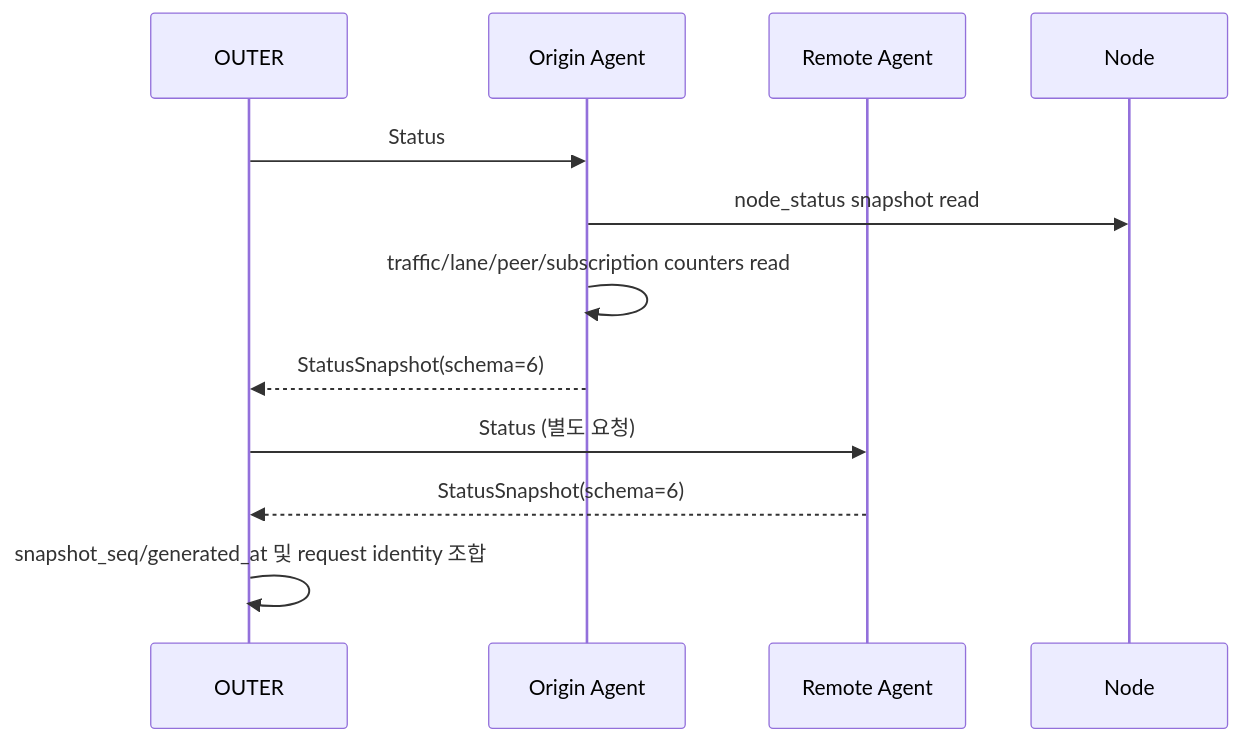
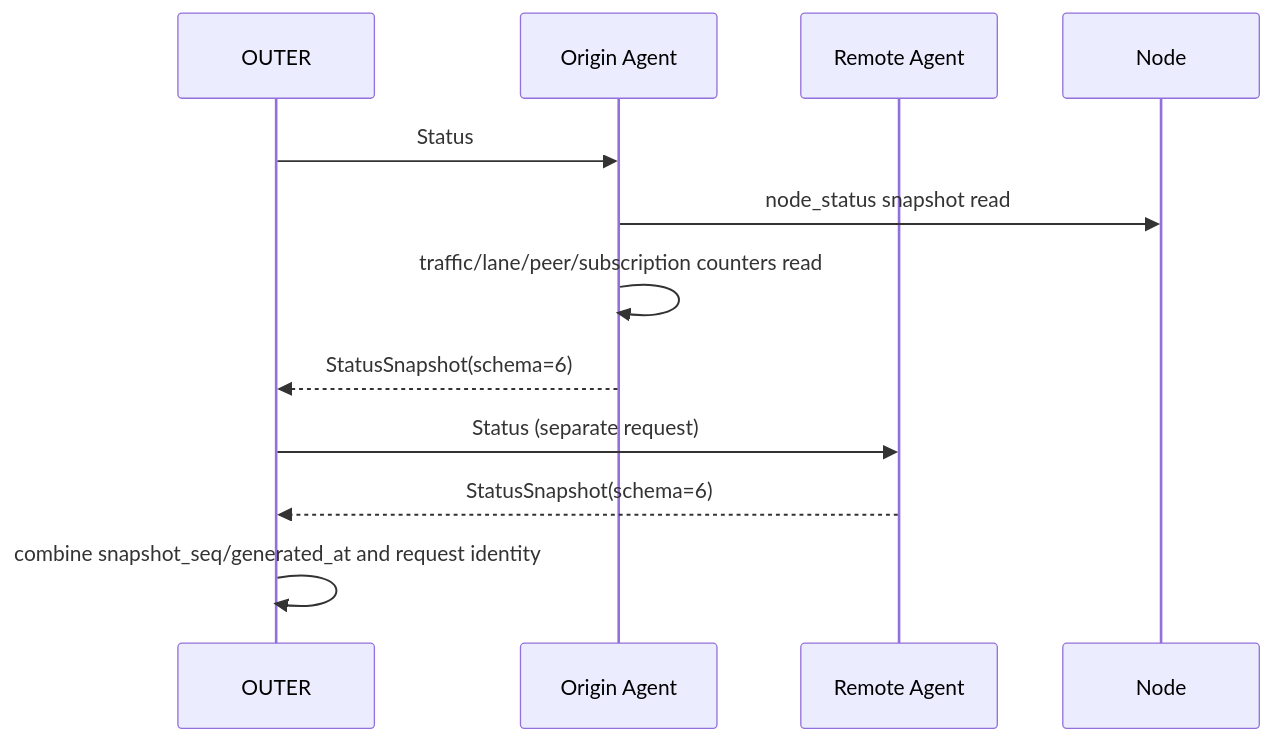
The ninth of 10 diagrams in docs/protocol.md (louisevandan/kvasir-net), drawn with Mermaid before and after one commit. The commit also changed other lines of this file and 212 other files, not shown here.

````diff
--- a/docs/protocol.md
+++ b/docs/protocol.md
@@ -1795,15 +1864,15 @@
 ```mermaid
 sequenceDiagram
     participant O as OUTER
     participant A0 as Origin Agent
     participant A1 as Remote Agent
     participant N as Node
 
     O->>A0: Status
     A0->>N: node_status snapshot read
     A0->>A0: traffic/lane/peer/subscription counters read
     A0-->>O: StatusSnapshot(schema=6)
-    O->>A1: Status (별도 요청)
+    O->>A1: Status (separate request)
     A1-->>O: StatusSnapshot(schema=6)
-    O->>O: snapshot_seq/generated_at 및 request identity 조합
+    O->>O: combine snapshot_seq/generated_at and request identity
 ```
````
